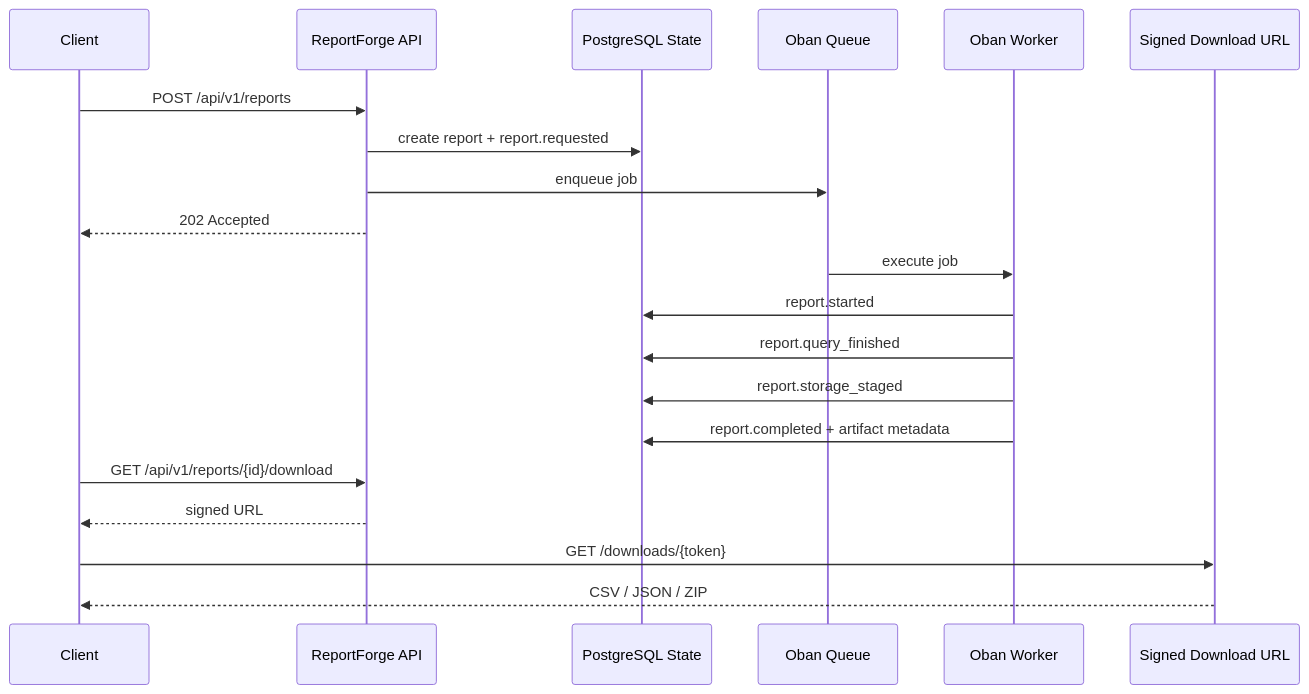
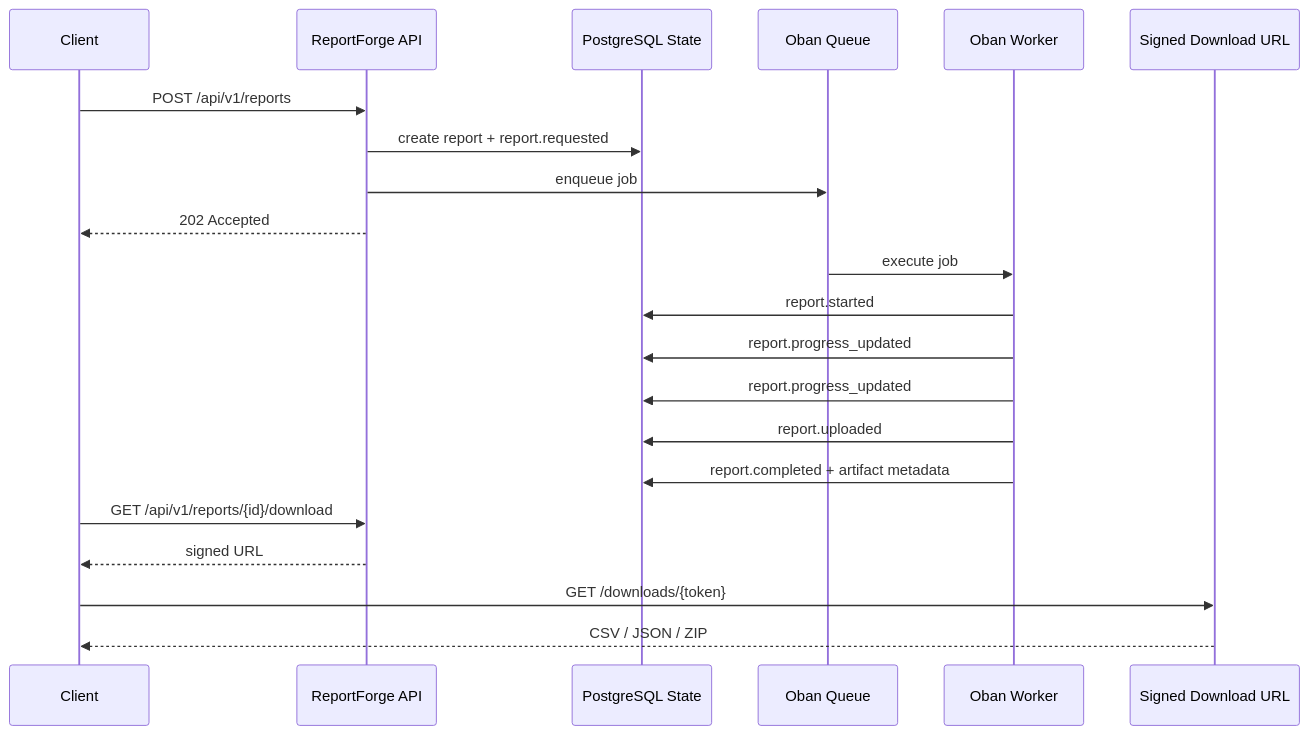
Before and after one commit to Defyland/reportforge-elixir-report-platform: the diagram in docs/diagrams/report-lifecycle-sequence.md, drawn with Mermaid. The commit also changed 4 other files, not shown here.

````diff
--- a/docs/diagrams/report-lifecycle-sequence.md
+++ b/docs/diagrams/report-lifecycle-sequence.md
@@ -3,23 +3,24 @@
 ```mermaid
 sequenceDiagram
   participant Client
   participant API as ReportForge API
   participant DB as PostgreSQL State
   participant Queue as Oban Queue
   participant Worker as Oban Worker
   participant Download as Signed Download URL
 
   Client->>API: POST /api/v1/reports
   API->>DB: create report + report.requested
   API->>Queue: enqueue job
   API-->>Client: 202 Accepted
   Queue->>Worker: execute job
   Worker->>DB: report.started
-  Worker->>DB: report.query_finished
-  Worker->>DB: report.storage_staged
+  Worker->>DB: report.progress_updated
+  Worker->>DB: report.progress_updated
+  Worker->>DB: report.uploaded
   Worker->>DB: report.completed + artifact metadata
   Client->>API: GET /api/v1/reports/{id}/download
   API-->>Client: signed URL
   Client->>Download: GET /downloads/{token}
   Download-->>Client: CSV / JSON / ZIP
 ```
````
